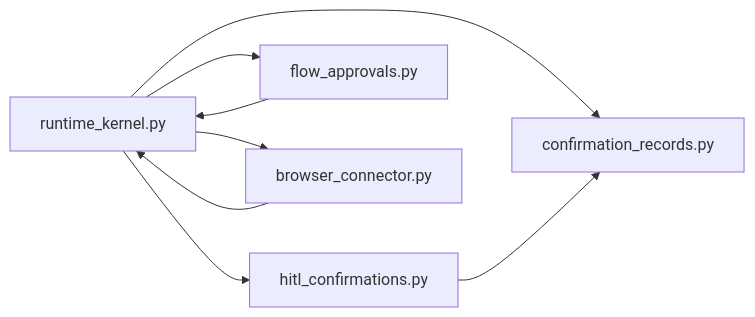
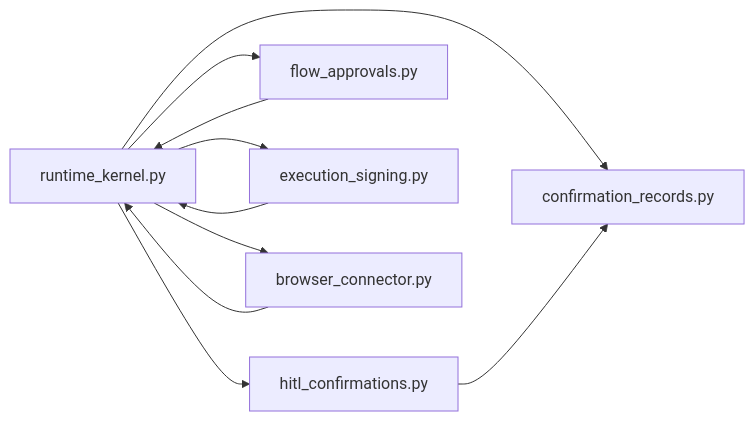
The eighth of 8 diagrams in .qoder/repowiki/en/content/Architecture Documentation/SPEC-054_ Action-Level Approval and Change Request Card.md (metasync/luban-aiops), drawn with Mermaid before and after one commit. The commit also changed other lines of this file and 24 other files, not shown here.

````diff
--- a/.qoder/repowiki/en/content/Architecture Documentation/SPEC-054_ Action-Level Approval and Change Request Card.md
+++ b/.qoder/repowiki/en/content/Architecture Documentation/SPEC-054_ Action-Level Approval and Change Request Card.md
@@ -260,10 +323,12 @@
 ```mermaid
 graph LR
 RK["runtime_kernel.py"] --> HC["hitl_confirmations.py"]
 RK --> CR["confirmation_records.py"]
 RK --> FA["flow_approvals.py"]
+RK --> ES["execution_signing.py"]
 RK --> BC["browser_connector.py"]
 HC --> CR
 FA --> RK
+ES --> RK
 BC --> RK
 ```
````
